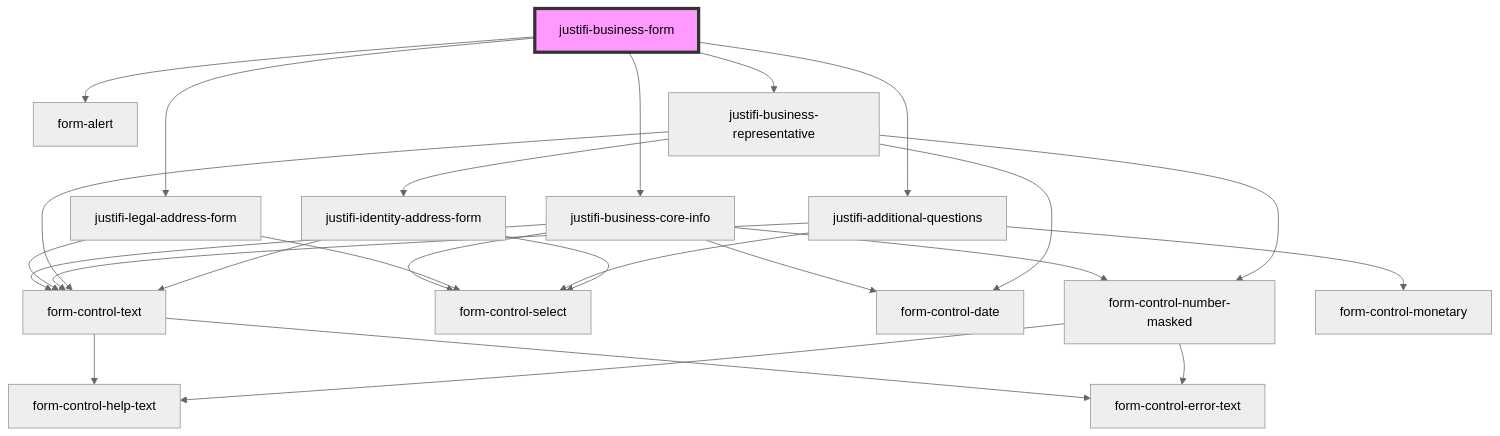
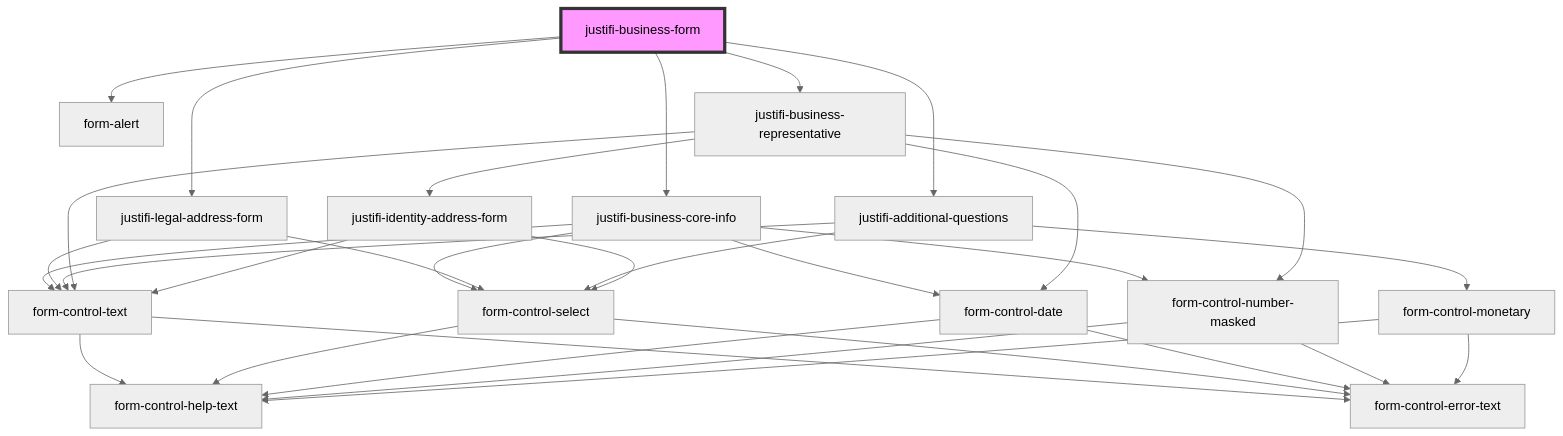
Before and after one commit to justifi-tech/web-component-library: the diagram in packages/webcomponents/src/components/business-forms/business-form/readme.md, drawn with Mermaid (neutral theme). The commit also changed 13 other files, not shown here.

````diff
--- a/packages/webcomponents/src/components/business-forms/business-form/readme.md
+++ b/packages/webcomponents/src/components/business-forms/business-form/readme.md
@@ -39,28 +39,34 @@
 ```mermaid
 graph TD;
   justifi-business-form --> form-alert
   justifi-business-form --> justifi-business-core-info
   justifi-business-form --> justifi-legal-address-form
   justifi-business-form --> justifi-additional-questions
   justifi-business-form --> justifi-business-representative
   justifi-business-core-info --> form-control-text
   justifi-business-core-info --> form-control-select
   justifi-business-core-info --> form-control-date
   justifi-business-core-info --> form-control-number-masked
   form-control-text --> form-control-help-text
   form-control-text --> form-control-error-text
+  form-control-select --> form-control-help-text
+  form-control-select --> form-control-error-text
+  form-control-date --> form-control-help-text
+  form-control-date --> form-control-error-text
   form-control-number-masked --> form-control-help-text
   form-control-number-masked --> form-control-error-text
   justifi-legal-address-form --> form-control-text
   justifi-legal-address-form --> form-control-select
   justifi-additional-questions --> form-control-monetary
   justifi-additional-questions --> form-control-select
   justifi-additional-questions --> form-control-text
+  form-control-monetary --> form-control-help-text
+  form-control-monetary --> form-control-error-text
   justifi-business-representative --> form-control-text
   justifi-business-representative --> form-control-number-masked
   justifi-business-representative --> form-control-date
   justifi-business-representative --> justifi-identity-address-form
   justifi-identity-address-form --> form-control-text
   justifi-identity-address-form --> form-control-select
   style justifi-business-form fill:#f9f,stroke:#333,stroke-width:4px
 ```
````
